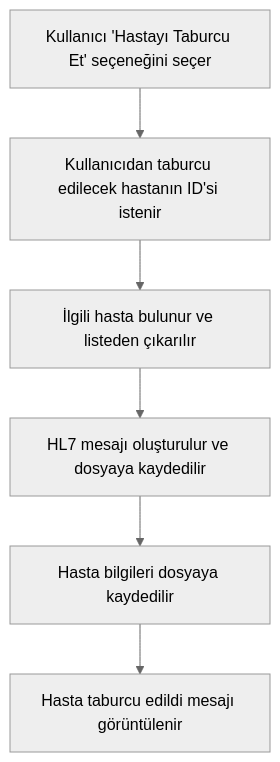
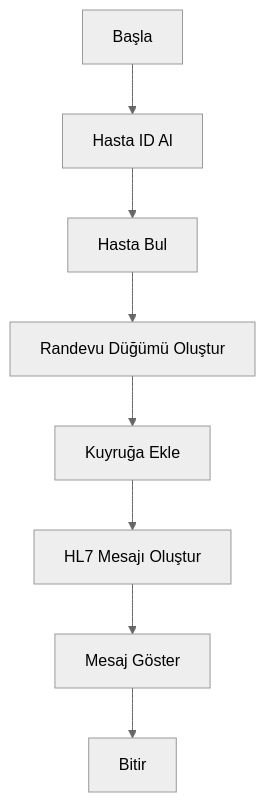
One commit to edaaerol/hastane-acil-servis changed the fourth of 4 diagrams in PROJE_ANALIZ.md. Above: the diagram before and after it, drawn with Mermaid (neutral theme). The commit also changed other lines of this file, not shown here.

````diff
--- a/PROJE_ANALIZ.md
+++ b/PROJE_ANALIZ.md
@@ -53,8 +99,10 @@
 ```mermaid
 graph TD;
-    A["Kullanıcı 'Hastayı Taburcu Et' seçeneğini seçer"] --> B["Kullanıcıdan taburcu edilecek hastanın ID'si istenir"];
-    B --> C["İlgili hasta bulunur ve listeden çıkarılır"];
-    C --> D["HL7 mesajı oluşturulur ve dosyaya kaydedilir"];
-    D --> E["Hasta bilgileri dosyaya kaydedilir"];
-    E --> F["Hasta taburcu edildi mesajı görüntülenir"];
+    A[Başla] --> B[Hasta ID Al]
+    B --> C[Hasta Bul]
+    C --> D[Randevu Düğümü Oluştur]
+    D --> E[Kuyruğa Ekle]
+    E --> F[HL7 Mesajı Oluştur]
+    F --> G[Mesaj Göster]
+    G --> H[Bitir]
 ```
````
